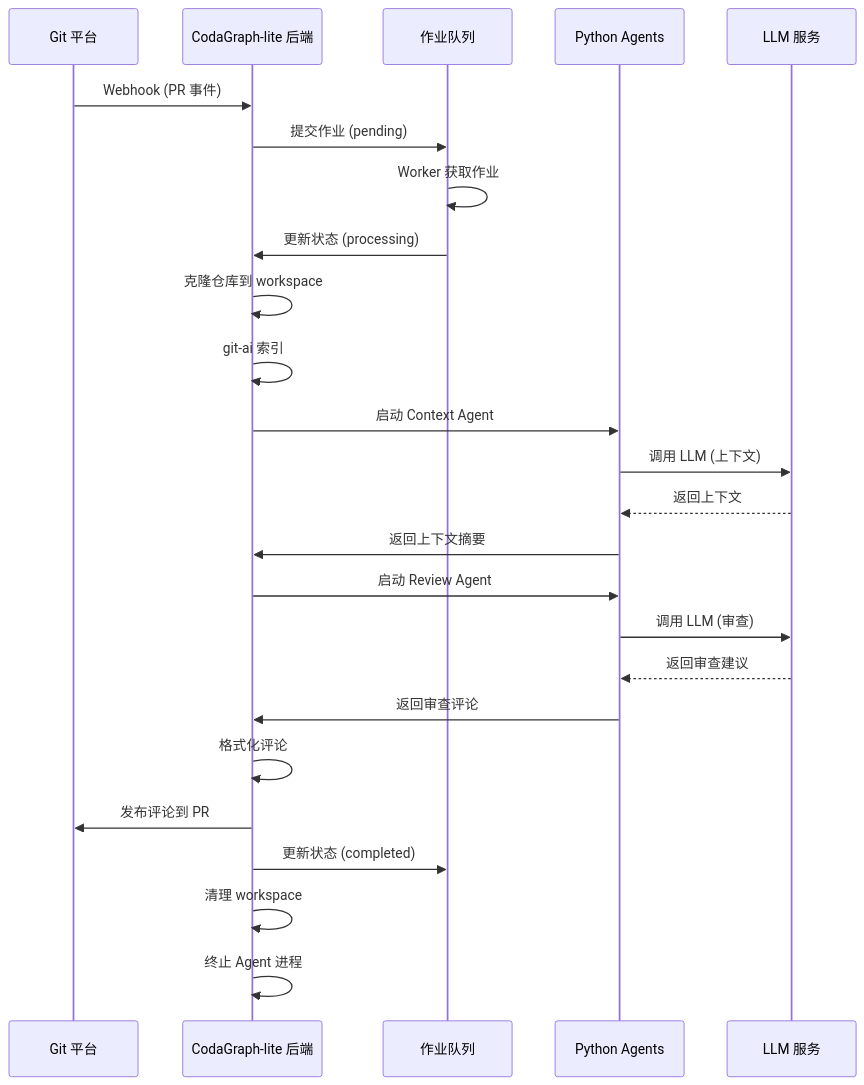
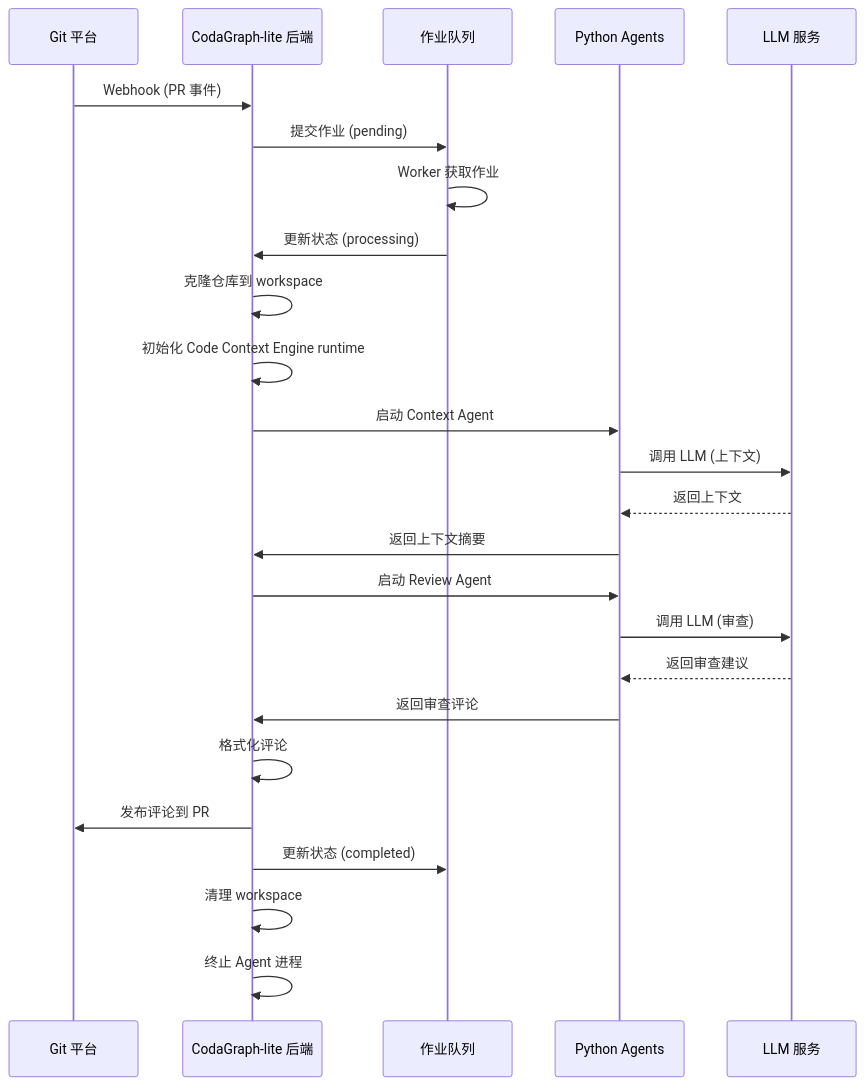
One commit to mars167/CodaGraph-lite changed the first of 2 diagrams in docs/architecture.md. Above: the diagram before and after it, drawn with Mermaid. The commit also changed other lines of this file and 23 other files, not shown here.

````diff
--- a/docs/architecture.md
+++ b/docs/architecture.md
@@ -840,28 +840,28 @@
 ```mermaid
 sequenceDiagram
     participant Platform as Git 平台
     participant Backend as CodaGraph-lite 后端
     participant Queue as 作业队列
     participant Agent as Python Agents
     participant LLM as LLM 服务
 
     Platform->>Backend: Webhook (PR 事件)
     Backend->>Queue: 提交作业 (pending)
     Queue->>Queue: Worker 获取作业
     Queue->>Backend: 更新状态 (processing)
     Backend->>Backend: 克隆仓库到 workspace
-    Backend->>Backend: git-ai 索引
+    Backend->>Backend: 初始化 Code Context Engine runtime
     Backend->>Agent: 启动 Context Agent
     Agent->>LLM: 调用 LLM (上下文)
     LLM-->>Agent: 返回上下文
     Agent->>Backend: 返回上下文摘要
     Backend->>Agent: 启动 Review Agent
     Agent->>LLM: 调用 LLM (审查)
     LLM-->>Agent: 返回审查建议
     Agent->>Backend: 返回审查评论
     Backend->>Backend: 格式化评论
     Backend->>Platform: 发布评论到 PR
     Backend->>Queue: 更新状态 (completed)
     Backend->>Backend: 清理 workspace
     Backend->>Backend: 终止 Agent 进程
 ```
````
